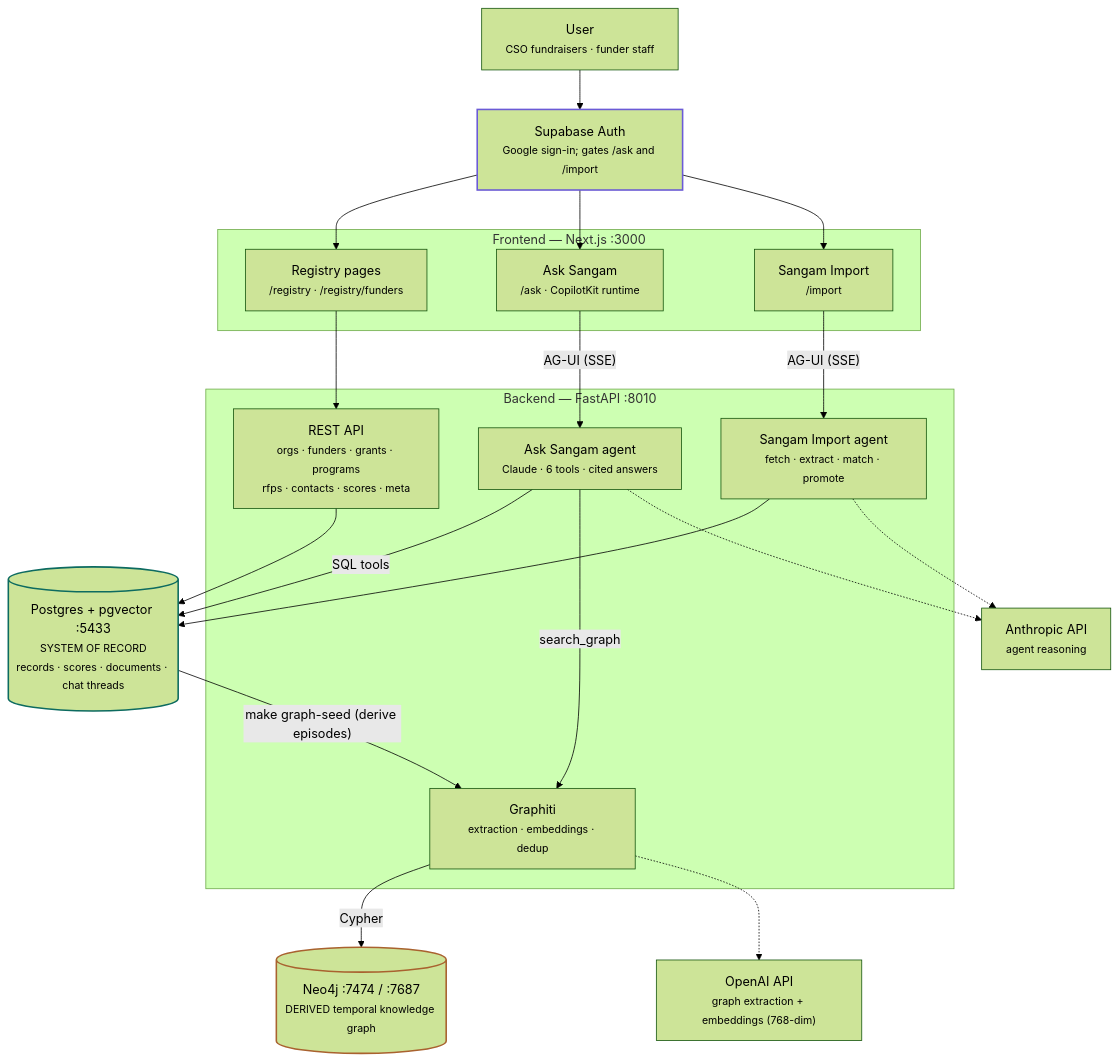
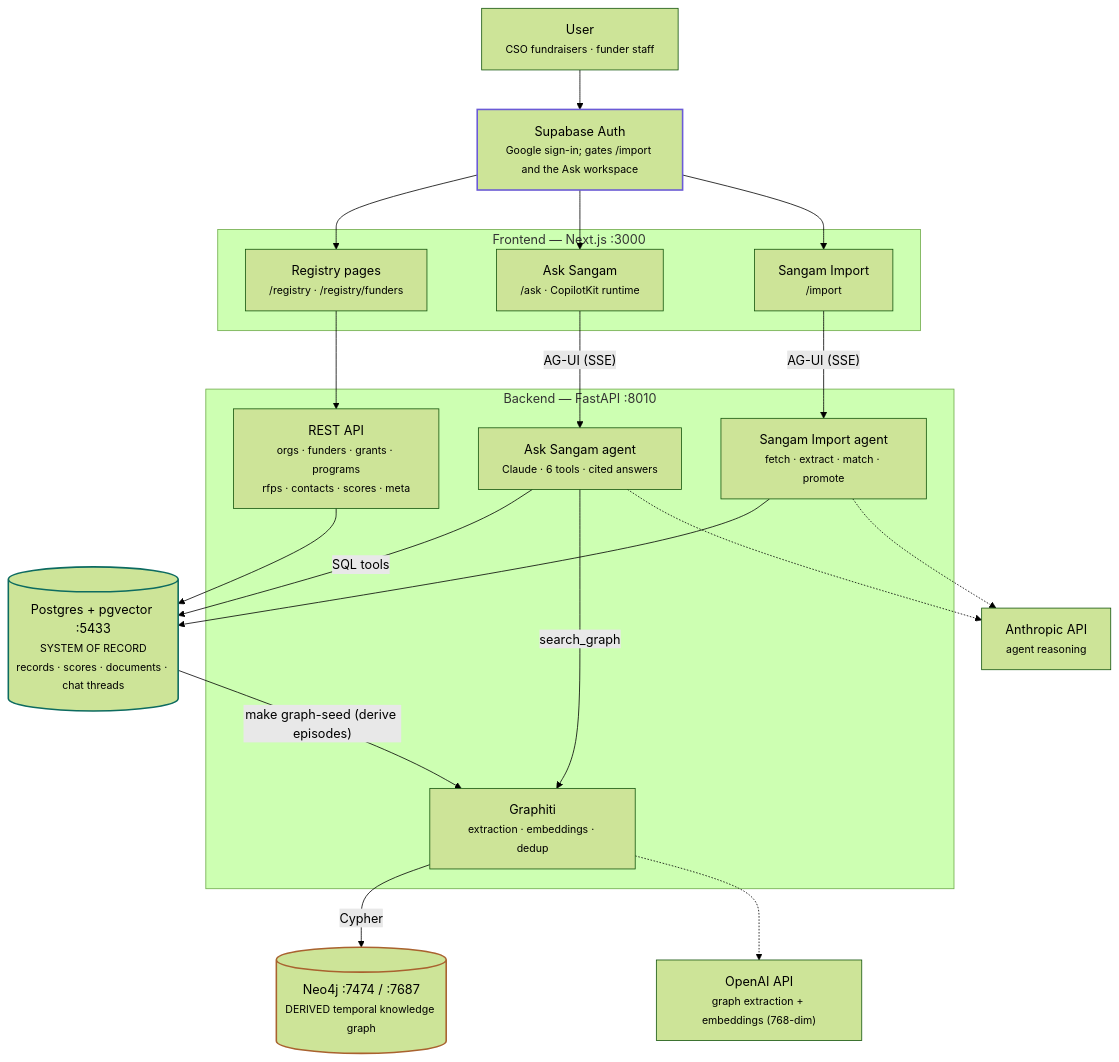
Before and after one commit to project-tech4dev/sangam: the diagram in README.md, drawn with Mermaid (forest theme). The commit also changed 71 other files, not shown here.

````diff
--- a/README.md
+++ b/README.md
@@ -25,43 +25,43 @@
 ```mermaid
 flowchart TD
   U["User<br/><small>CSO fundraisers · funder staff</small>"]
-  AUTH["Supabase Auth<br/><small>Google sign-in; gates /ask and /import</small>"]
+  AUTH["Supabase Auth<br/><small>Google sign-in; gates /import and the Ask workspace</small>"]
 
   subgraph FE["Frontend — Next.js :3000"]
     PAGES["Registry pages<br/><small>/registry · /registry/funders</small>"]
     CHAT["Ask Sangam<br/><small>/ask · CopilotKit runtime</small>"]
     IMPORT["Sangam Import<br/><small>/import</small>"]
   end
 
   subgraph BE["Backend — FastAPI :8010"]
     REST["REST API<br/><small>orgs · funders · grants · programs<br/>rfps · contacts · scores · meta</small>"]
     AGENT["Ask Sangam agent<br/><small>Claude · 6 tools · cited answers</small>"]
     INGEST["Sangam Import agent<br/><small>fetch · extract · match · promote</small>"]
     GRT["Graphiti<br/><small>extraction · embeddings · dedup</small>"]
   end
 
   PG[("Postgres + pgvector :5433<br/><small>SYSTEM OF RECORD<br/>records · scores · documents · chat threads</small>")]
   NEO[("Neo4j :7474 / :7687<br/><small>DERIVED temporal knowledge graph</small>")]
 
   ANT["Anthropic API<br/><small>agent reasoning</small>"]
   OAI["OpenAI API<br/><small>graph extraction + embeddings (768-dim)</small>"]
 
   U --> AUTH
   AUTH --> PAGES & CHAT & IMPORT
   PAGES --> REST
   CHAT -- "AG-UI (SSE)" --> AGENT
   IMPORT -- "AG-UI (SSE)" --> INGEST
   REST --> PG
   AGENT -- "SQL tools" --> PG
   INGEST --> PG
   AGENT -- "search_graph" --> GRT
   GRT -- Cypher --> NEO
   PG -- "make graph-seed (derive episodes)" --> GRT
   AGENT -.-> ANT
   INGEST -.-> ANT
   GRT -.-> OAI
 
   style PG stroke:#0d6b60,stroke-width:2px
   style NEO stroke:#a9622f,stroke-width:2px
   style AUTH stroke:#6b5bd6,stroke-width:2px
 ```
````
